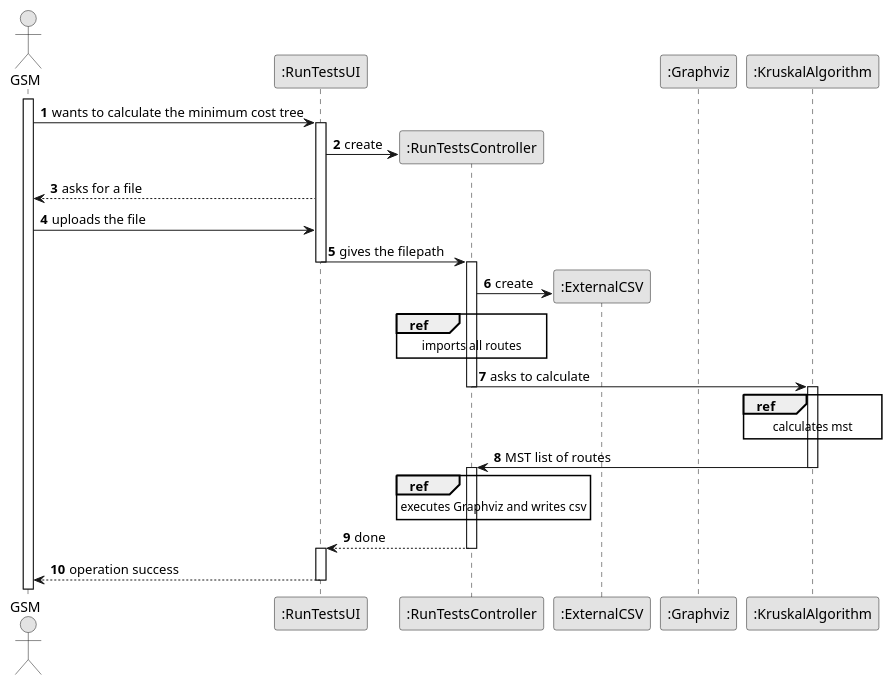
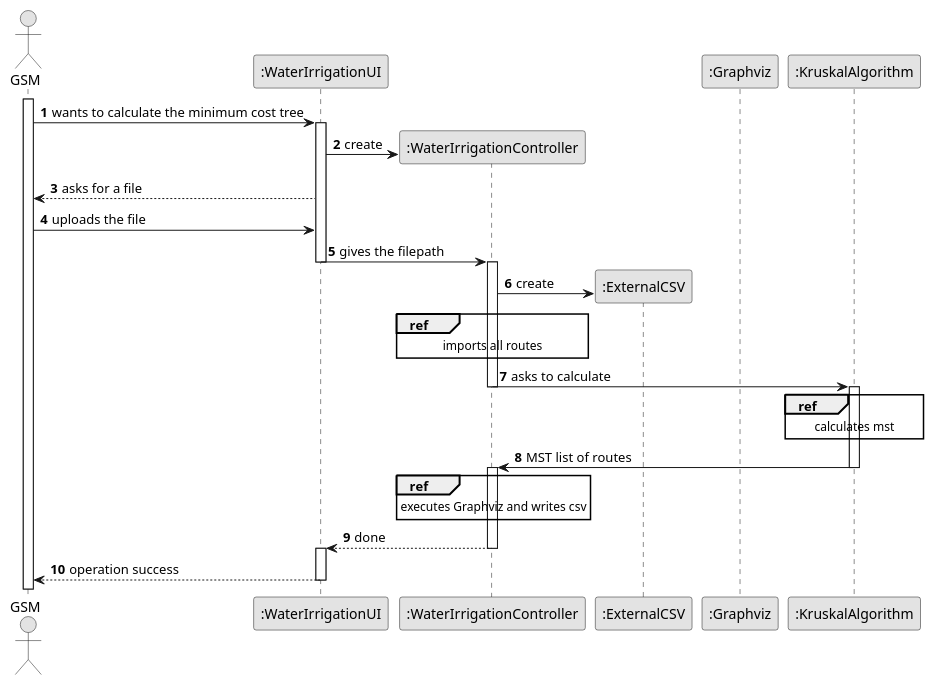
One commit to ricardomm7/leaflink changed the diagram in docs/sprintB/us013/03.design/puml/us013-sequence-diagram-split.puml. Above: the diagram before and after it, drawn with PlantUML. The commit also changed 22 other files, not shown here.

```diff
--- a/docs/sprintB/us013/03.design/puml/us013-sequence-diagram-split.puml
+++ b/docs/sprintB/us013/03.design/puml/us013-sequence-diagram-split.puml
@@ -1,61 +1,61 @@
 @startuml
 skinparam monochrome true
 skinparam packageStyle rectangle
 skinparam shadowing false
 
 autonumber
 
 'hide footbox
 actor "GSM" as GSM
-participant ":RunTestsUI" as UI
-participant ":RunTestsController" as CTRL
+participant ":WaterIrrigationUI" as UI
+participant ":WaterIrrigationController" as CTRL
 participant ":ExternalCSV" as extenal
 participant ":Graphviz" as graph
 participant ":KruskalAlgorithm" as kskl
 
 activate GSM
 
 GSM -> UI : wants to calculate the minimum cost tree
 activate UI
 UI->CTRL** : create
 UI --> GSM : asks for a file
 GSM -> UI : uploads the file
 UI->CTRL : gives the filepath
 deactivate UI
 activate CTRL
 CTRL -> extenal** : create
 
 ref over CTRL
 imports all routes
 end
 
 CTRL -> kskl : asks to calculate
 deactivate CTRL
 activate kskl
 ref over kskl
 calculates mst
 end
 deactivate kskl
 kskl -> CTRL : MST list of routes
 deactivate kskl
 activate CTRL
 
 ref over CTRL
 executes Graphviz and writes csv
 end
 
 deactivate extenal
 CTRL --> UI : done
 deactivate CTRL
 activate UI
 
 UI -->GSM : operation success
 deactivate UI
 
 
 
 
 
 
 
 @enduml
```
